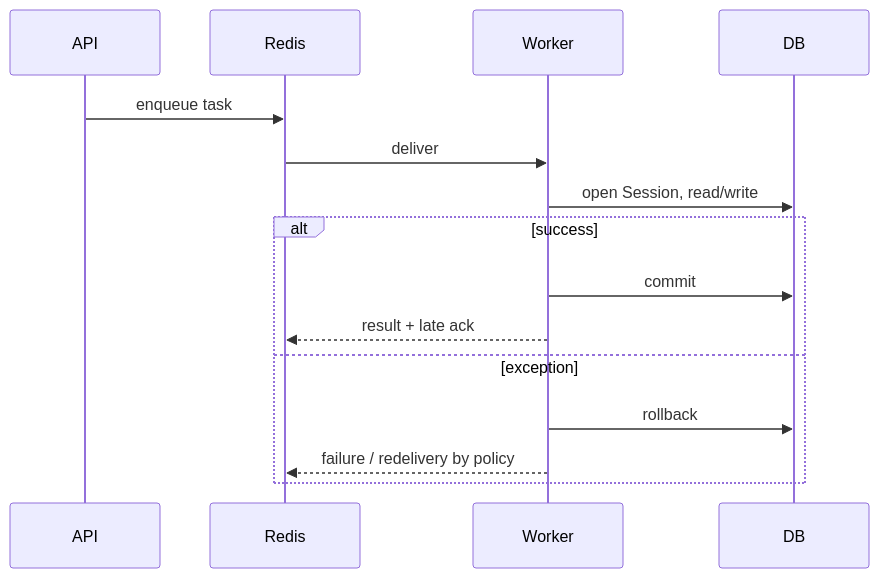
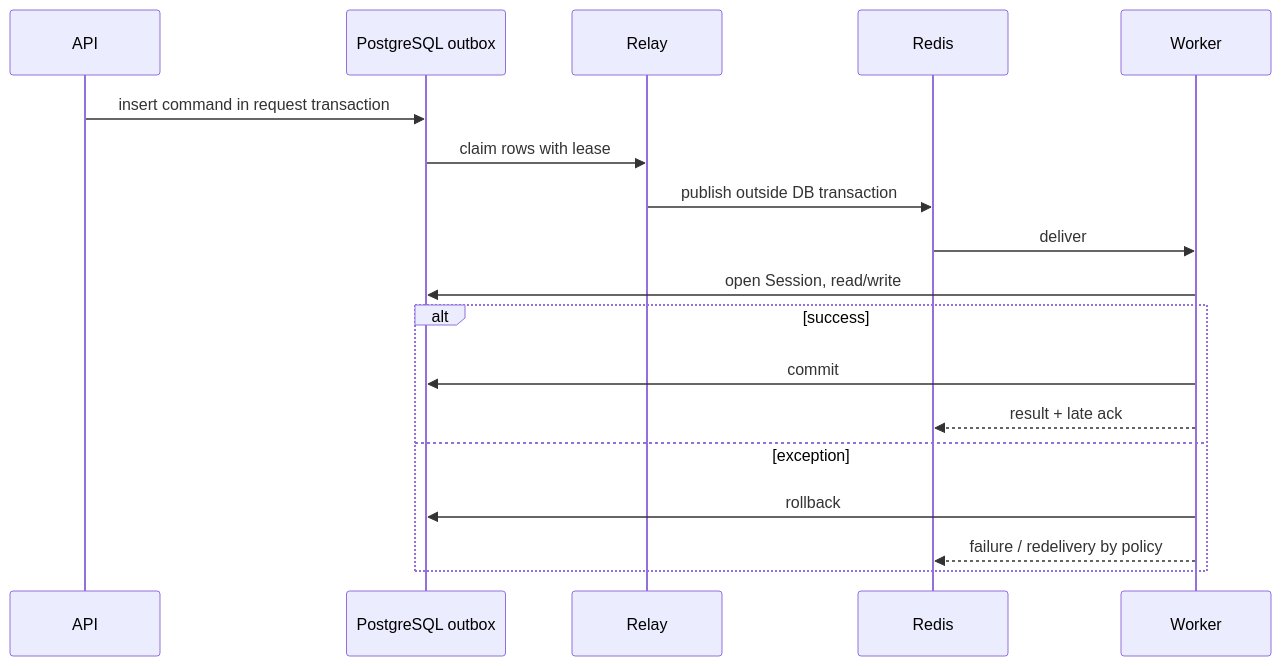
Before and after one commit to vladweat/landlords: the diagram in docs/architecture/background-jobs.md, drawn with Mermaid. The commit also changed other lines of this file and 54 other files, not shown here.

````diff
--- a/docs/architecture/background-jobs.md
+++ b/docs/architecture/background-jobs.md
@@ -82,17 +99,21 @@
 ```mermaid
 sequenceDiagram
   participant API
+  participant DB as PostgreSQL outbox
+  participant Relay
   participant Redis
   participant Worker
   participant DB
-  API->>Redis: enqueue task
+  API->>DB: insert command in request transaction
+  DB->>Relay: claim rows with lease
+  Relay->>Redis: publish outside DB transaction
   Redis->>Worker: deliver
   Worker->>DB: open Session, read/write
   alt success
     Worker->>DB: commit
     Worker-->>Redis: result + late ack
   else exception
     Worker->>DB: rollback
     Worker-->>Redis: failure / redelivery by policy
   end
 ```
````
